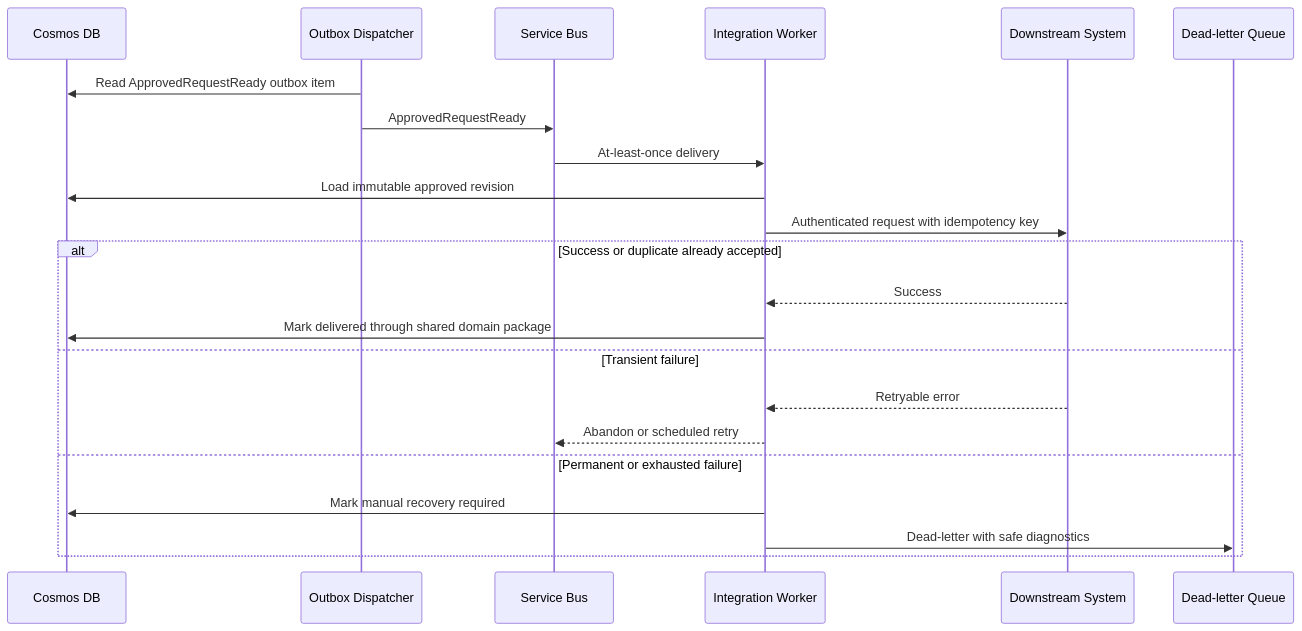
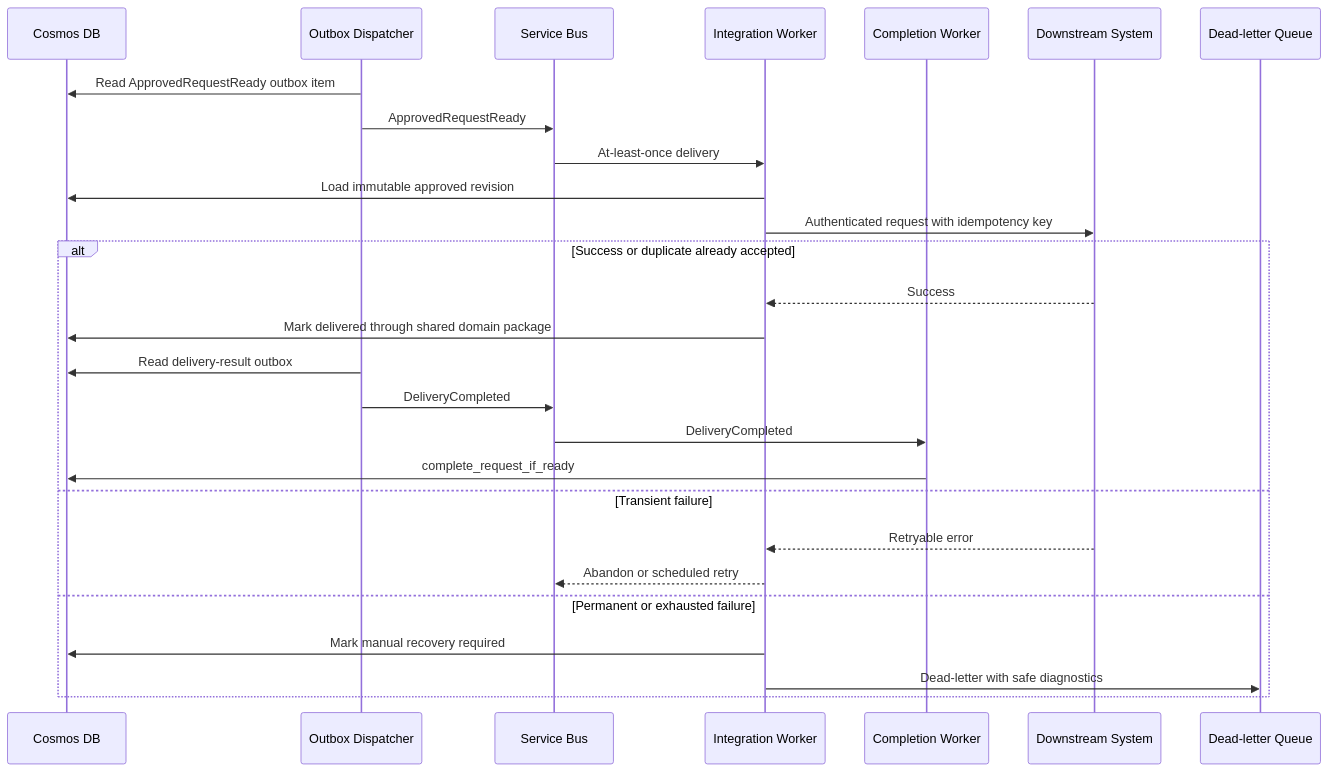
One commit to duongthaiha/intake-agent changed the eighth of 13 diagrams in docs/architecture-design.md. Above: the diagram before and after it, drawn with Mermaid. The commit also changed other lines of this file and 1 other file, not shown here.

````diff
--- a/docs/architecture-design.md
+++ b/docs/architecture-design.md
@@ -608,25 +673,30 @@
 ```mermaid
 sequenceDiagram
     participant DB as Cosmos DB
     participant Dispatcher as Outbox Dispatcher
     participant Bus as Service Bus
     participant Worker as Integration Worker
+    participant Completion as Completion Worker
     participant Target as Downstream System
     participant DLQ as Dead-letter Queue
 
     Dispatcher->>DB: Read ApprovedRequestReady outbox item
     Dispatcher->>Bus: ApprovedRequestReady
     Bus->>Worker: At-least-once delivery
     Worker->>DB: Load immutable approved revision
     Worker->>Target: Authenticated request with idempotency key
     alt Success or duplicate already accepted
         Target-->>Worker: Success
         Worker->>DB: Mark delivered through shared domain package
+        Dispatcher->>DB: Read delivery-result outbox
+        Dispatcher->>Bus: DeliveryCompleted
+        Bus->>Completion: DeliveryCompleted
+        Completion->>DB: complete_request_if_ready
     else Transient failure
         Target-->>Worker: Retryable error
         Worker-->>Bus: Abandon or scheduled retry
     else Permanent or exhausted failure
         Worker->>DB: Mark manual recovery required
         Worker->>DLQ: Dead-letter with safe diagnostics
     end
 ```
````
